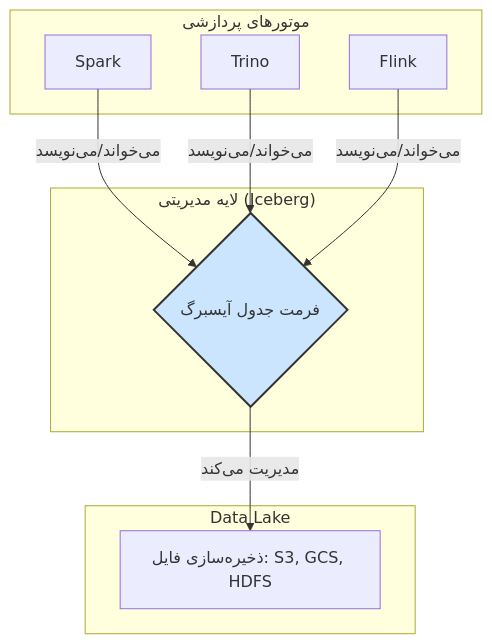
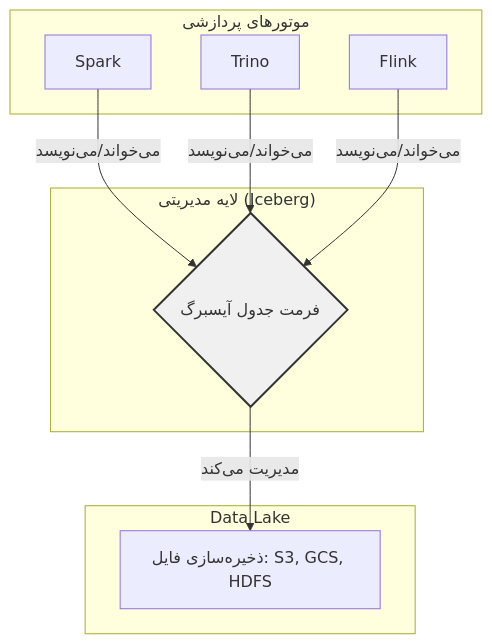
Before and after one commit to jonsonpaskal123/iceberg: the first of 5 diagrams in iceberg_explanation_fa.md, drawn with Mermaid. The commit also changed other lines of this file, not shown here.

First line of the commit message:
style(docs): Improve Mermaid diagram readability

````diff
--- a/iceberg_explanation_fa.md
+++ b/iceberg_explanation_fa.md
@@ -17,23 +17,23 @@
 ```mermaid
 graph TD
     subgraph Data Lake
         A[ذخیره‌سازی فایل: S3, GCS, HDFS]
     end
 
     subgraph "لایه مدیریتی (Iceberg)"
         B{فرمت جدول آیسبرگ}
         B -- مدیریت می‌کند --> A
     end
 
     subgraph "موتورهای پردازشی"
         C[Spark]
         D[Trino]
         E[Flink]
     end
 
     C -- می‌خواند/می‌نویسد --> B
     D -- می‌خواند/می‌نویسد --> B
     E -- می‌خواند/می‌نویسد --> B
 
-    style B fill:#cce5ff,stroke:#333,stroke-width:2px
+    style B fill:#f0f0f0,stroke:#333,stroke-width:2px,color:#333
 ```
````
